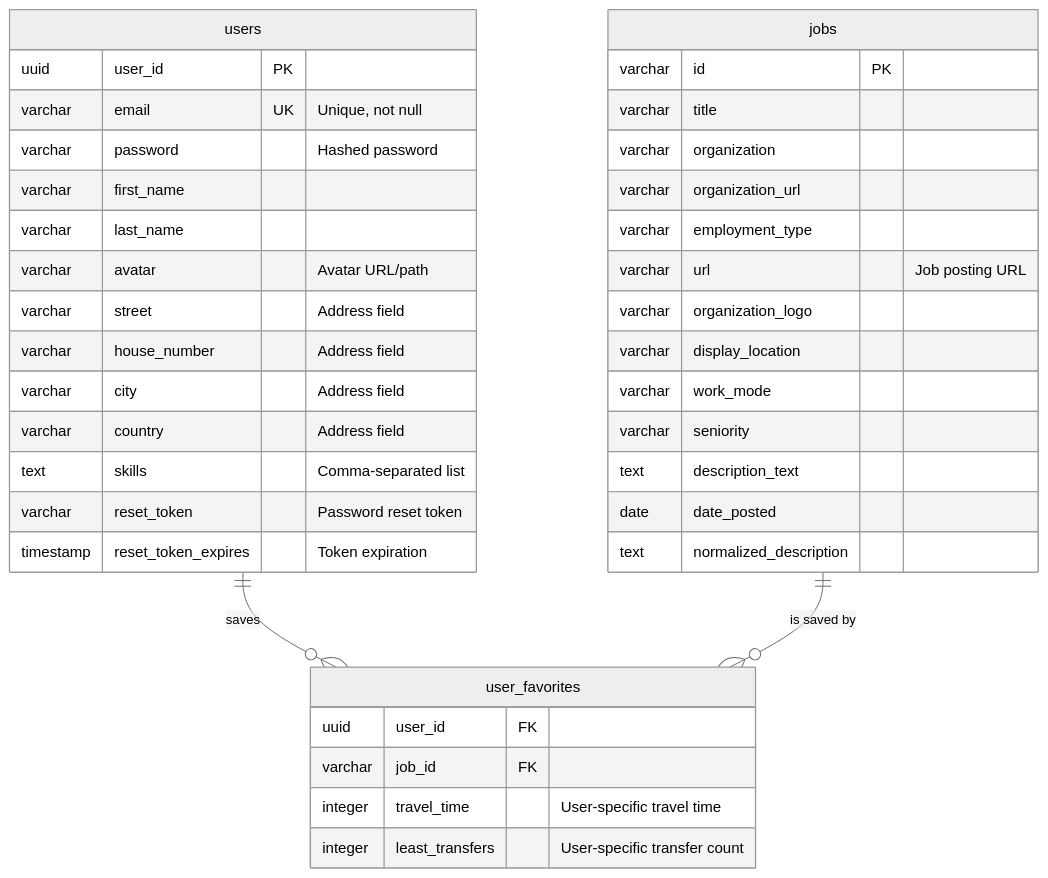
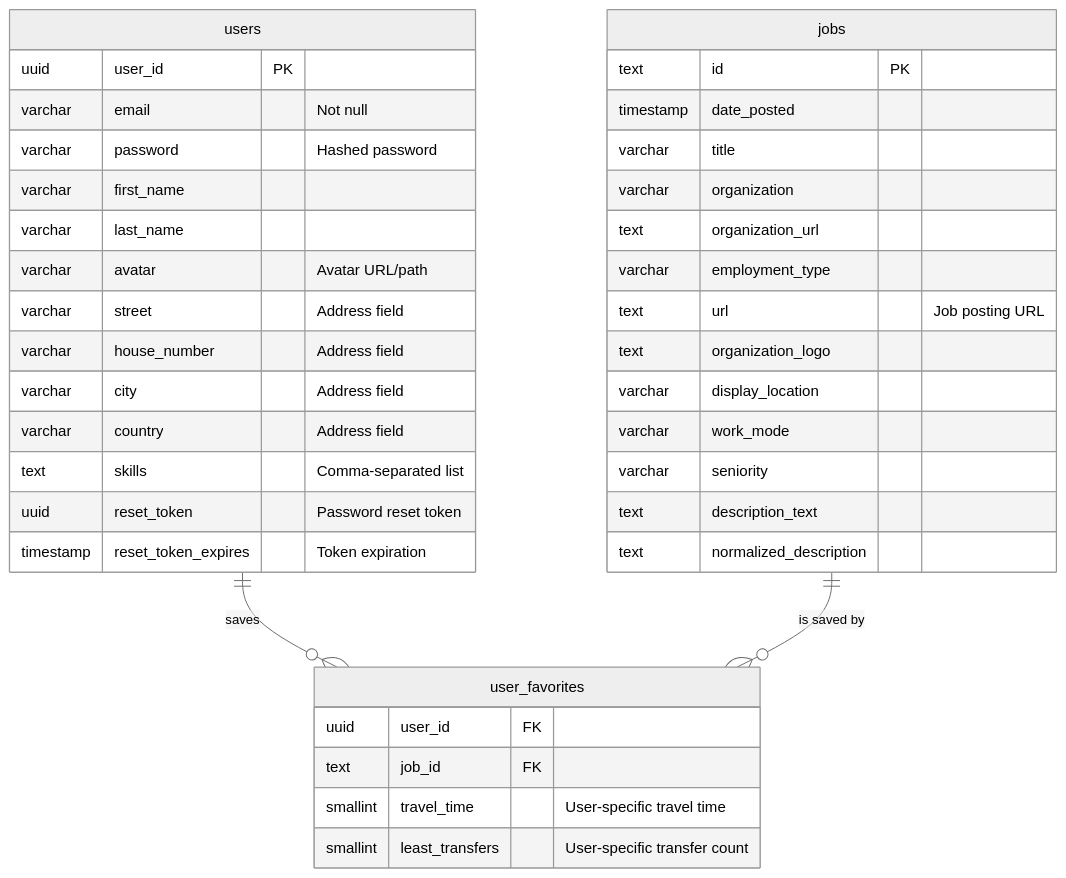
The diagram in documentation/ERD-antigravity.md (YahyaAl-Ademi/2025.10.23-JobCompass), drawn with Mermaid (neutral theme) before and after one commit.

Commit message:
Update ERD documentation for antigravity schema
- Modified field types for 'email', 'job_id', and 'reset_token' to enhance data integrity.
- Adjusted 'travel_time' and 'least_transfers' fields to use smaller data types for efficiency.
- Added 'date_posted' field to 'jobs' table to track job posting dates.
- Improved clarity in field descriptions across 'users', 'jobs', and 'user_favorites' tables.

````diff
--- a/documentation/ERD-antigravity.md
+++ b/documentation/ERD-antigravity.md
@@ -5,44 +5,44 @@
 ```mermaid
 erDiagram
     users ||--o{ user_favorites : "saves"
     jobs ||--o{ user_favorites : "is saved by"
 
     users {
         uuid user_id PK
-        varchar email UK "Unique, not null"
+        varchar email "Not null"
         varchar password "Hashed password"
         varchar first_name
         varchar last_name
         varchar avatar "Avatar URL/path"
         varchar street "Address field"
         varchar house_number "Address field"
         varchar city "Address field"
         varchar country "Address field"
         text skills "Comma-separated list"
-        varchar reset_token "Password reset token"
+        uuid reset_token "Password reset token"
         timestamp reset_token_expires "Token expiration"
     }
 
     jobs {
-        varchar id PK
+        text id PK
+        timestamp date_posted
         varchar title
         varchar organization
-        varchar organization_url
+        text organization_url
         varchar employment_type
-        varchar url "Job posting URL"
-        varchar organization_logo
+        text url "Job posting URL"
+        text organization_logo
         varchar display_location
         varchar work_mode
         varchar seniority
         text description_text
-        date date_posted
         text normalized_description
     }
 
     user_favorites {
         uuid user_id FK
-        varchar job_id FK
-        integer travel_time "User-specific travel time"
-        integer least_transfers "User-specific transfer count"
+        text job_id FK
+        smallint travel_time "User-specific travel time"
+        smallint least_transfers "User-specific transfer count"
     }
 ```
````
